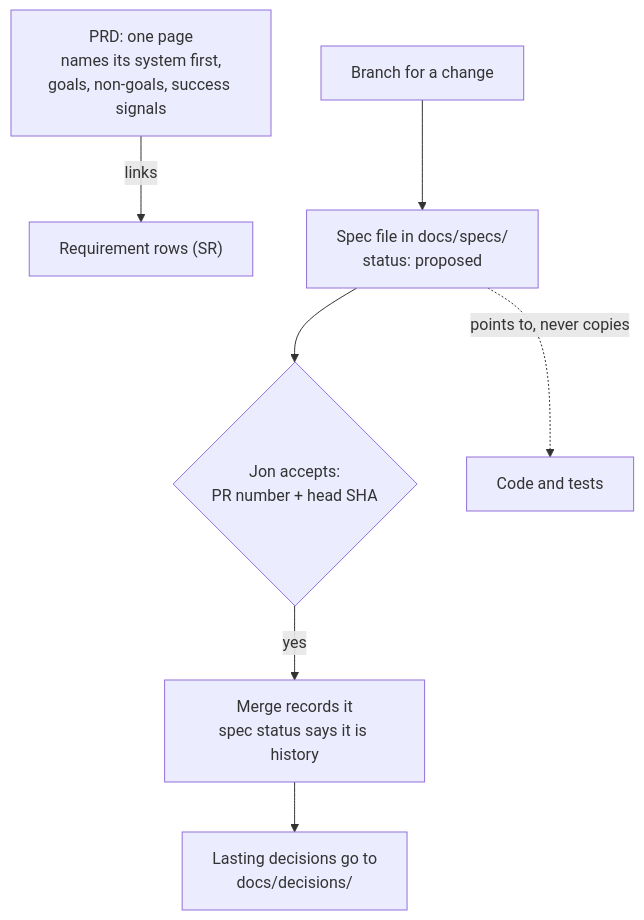
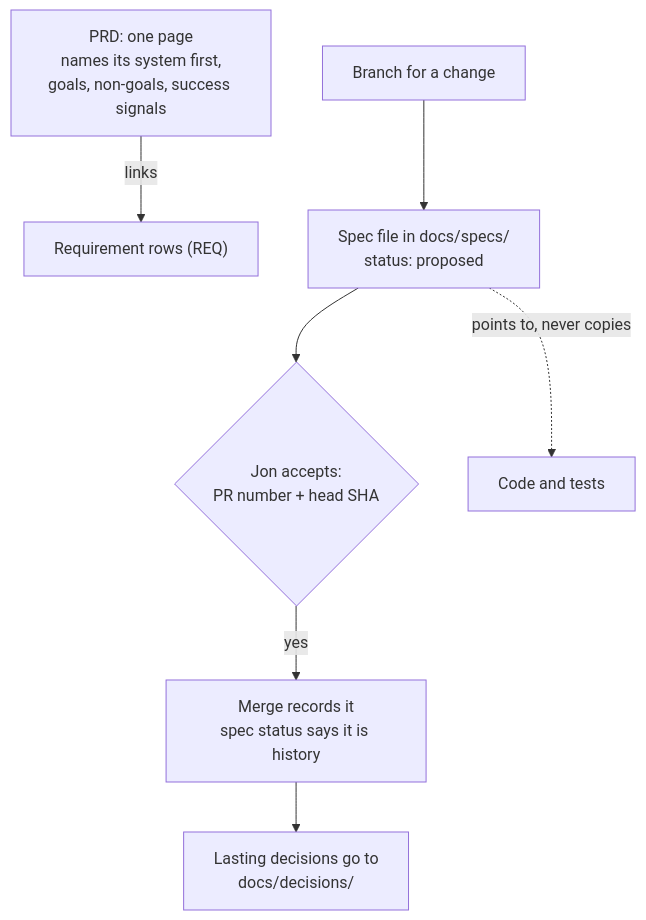
Before and after one commit to jonhill90/central-hub: the diagram in docs/decisions/0007-use-a-one-page-prd-and-frozen-per-change-specs.md, drawn with Mermaid. The commit also changed other lines of this file and 23 other files, not shown here.

````diff
--- a/docs/decisions/0007-use-a-one-page-prd-and-frozen-per-change-specs.md
+++ b/docs/decisions/0007-use-a-one-page-prd-and-frozen-per-change-specs.md
@@ -58,9 +58,9 @@
 ```mermaid
 flowchart TB
-  PRD["PRD: one page<br/>names its system first,<br/>goals, non-goals, success signals"] -- links --> SR["Requirement rows (SR)"]
+  PRD["PRD: one page<br/>names its system first,<br/>goals, non-goals, success signals"] -- links --> REQ["Requirement rows (REQ)"]
   B["Branch for a change"] --> S["Spec file in docs/specs/<br/>status: proposed"]
   S --> J{"Jon accepts:<br/>PR number + head SHA"}
   J -- yes --> M["Merge records it<br/>spec status says it is history"]
   M --> D["Lasting decisions go to<br/>docs/decisions/"]
   S -. "points to, never copies" .-> C["Code and tests"]
 ```
````
